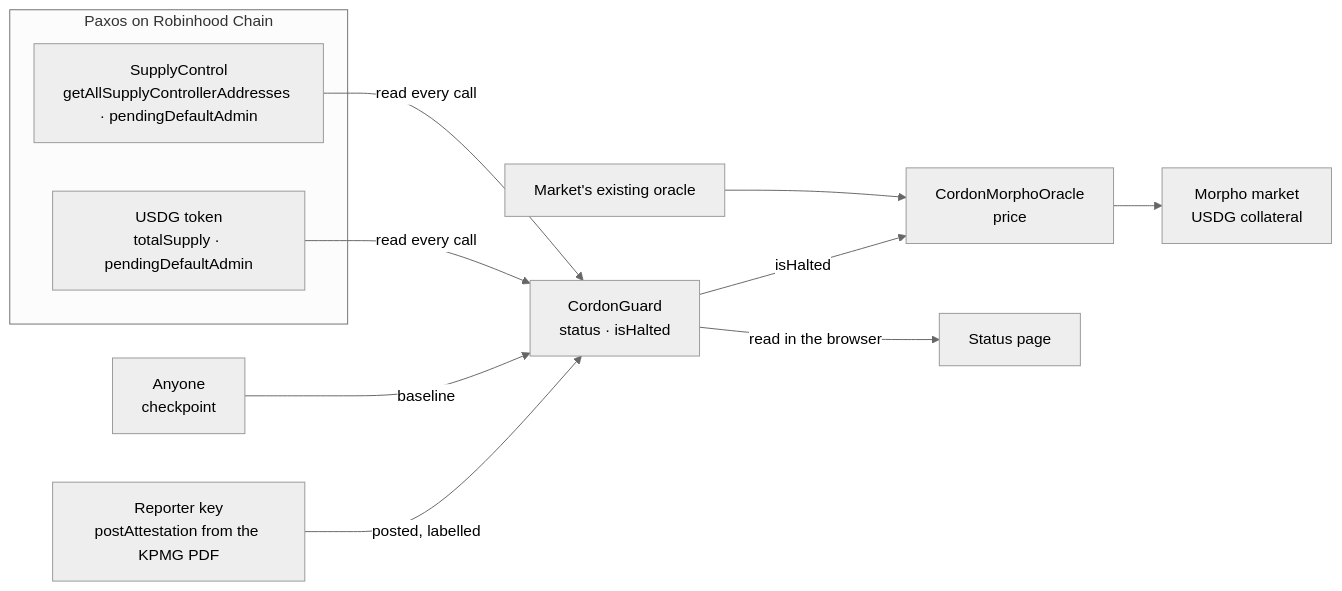
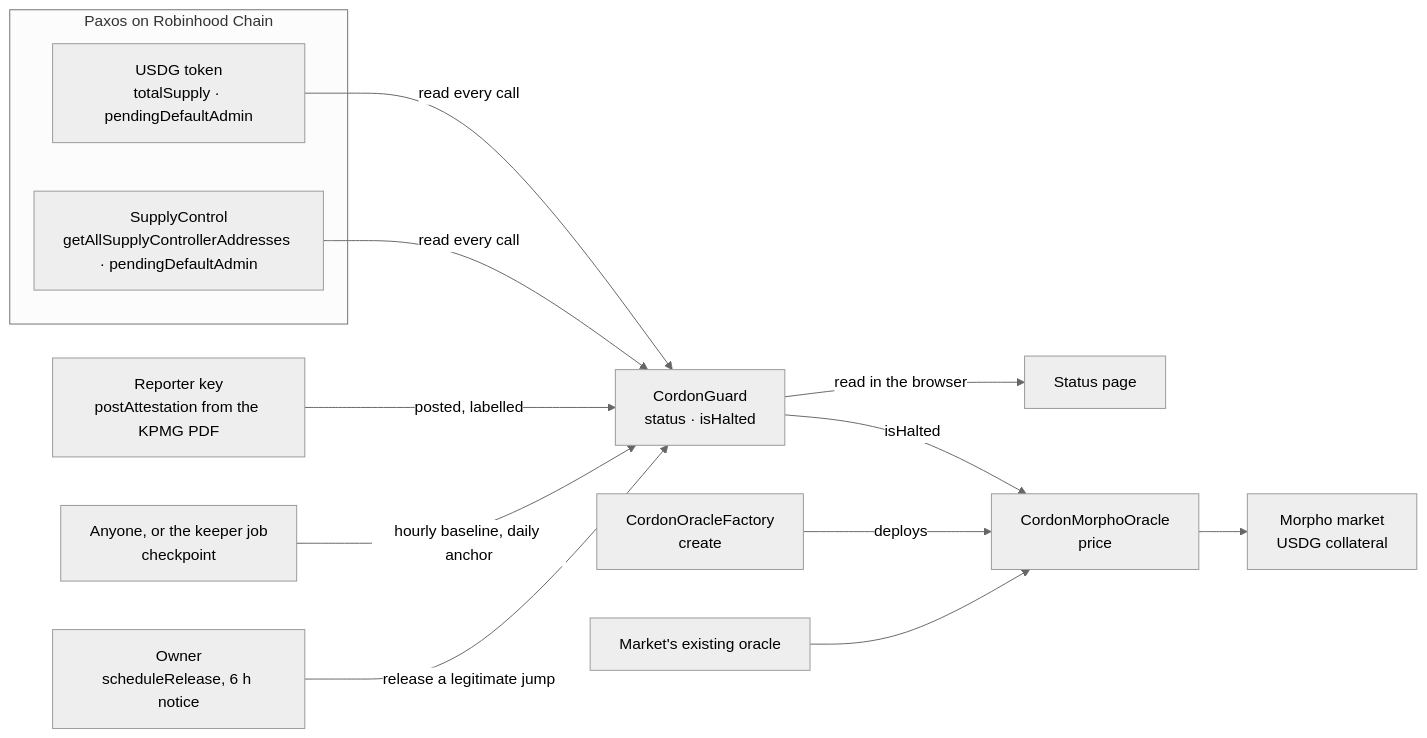
Before and after one commit to Yonkoo11/cordon: the diagram in README.md, drawn with Mermaid (neutral theme). The commit also changed other lines of this file and 12 other files, not shown here.

Commit message:
Redeploy with factory; guard-a-market page; checkpoint keeper; integration guide

````diff
--- a/README.md
+++ b/README.md
@@ -101,15 +103,17 @@
 ```mermaid
 flowchart LR
   subgraph Paxos on Robinhood Chain
     T[USDG token<br/>totalSupply · pendingDefaultAdmin]
     S[SupplyControl<br/>getAllSupplyControllerAddresses · pendingDefaultAdmin]
   end
   R[Reporter key<br/>postAttestation from the KPMG PDF] -->|posted, labelled| G
-  K[Anyone<br/>checkpoint] -->|baseline| G
+  K[Anyone, or the keeper job<br/>checkpoint] -->|hourly baseline, daily anchor| G
+  W[Owner<br/>scheduleRelease, 6 h notice] -->|release a legitimate jump| G
   T -->|read every call| G[CordonGuard<br/>status · isHalted]
   S -->|read every call| G
+  F[CordonOracleFactory<br/>create] -->|deploys| O
   G -->|isHalted| O[CordonMorphoOracle<br/>price]
   B[Market's existing oracle] --> O
   O --> M[Morpho market<br/>USDG collateral]
   G -->|read in the browser| P[Status page]
 ```
````
